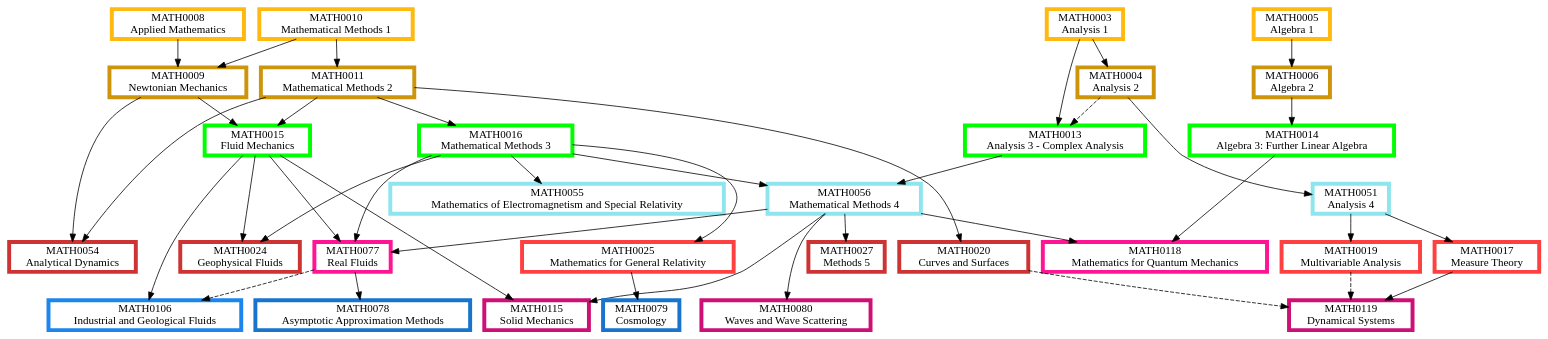
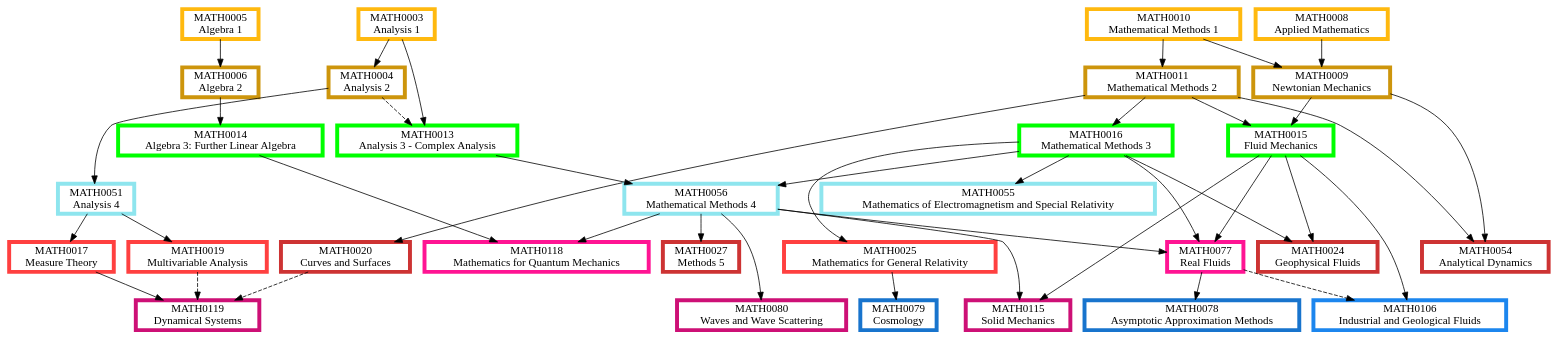
The diagram in Applied Mathematics.dot (matthew-towers/pathways), drawn with Graphviz before and after one commit. The commit also changed other lines of this file and 11 other files, not shown here.

```diff
--- a/Applied Mathematics.dot
+++ b/Applied Mathematics.dot
@@ -1,132 +1,132 @@
 digraph {
 	node [fillcolor=white penwidth=5 shape=box style="filled,bold"]
 	subgraph "1.0 1" {
 		rank=same
+		MATH0003 [label="MATH0003
+Analysis 1" color=darkgoldenrod1 href="https://www.ucl.ac.uk/mathematical-physical-sciences/sites/mathematical_physical_sciences/files/math0003.pdf" tooltip="Year 1, term 1"]
 		MATH0010 [label="MATH0010
 Mathematical Methods 1" color=darkgoldenrod1 href="https://www.ucl.ac.uk/mathematical-physical-sciences/sites/mathematical_physical_sciences/files/math0010.pdf" tooltip="Year 1, term 1"]
+		MATH0005 [label="MATH0005
+Algebra 1" color=darkgoldenrod1 href="https://www.ucl.ac.uk/mathematical-physical-sciences/sites/mathematical_physical_sciences/files/math0005.pdf" tooltip="Year 1, term 1"]
 		MATH0008 [label="MATH0008
 Applied Mathematics" color=darkgoldenrod1 href="https://www.ucl.ac.uk/mathematical-physical-sciences/sites/mathematical_physical_sciences/files/math0008.pdf" tooltip="Year 1, term 1"]
-		MATH0003 [label="MATH0003
-Analysis 1" color=darkgoldenrod1 href="https://www.ucl.ac.uk/mathematical-physical-sciences/sites/mathematical_physical_sciences/files/math0003.pdf" tooltip="Year 1, term 1"]
-		MATH0005 [label="MATH0005
-Algebra 1" color=darkgoldenrod1 href="https://www.ucl.ac.uk/mathematical-physical-sciences/sites/mathematical_physical_sciences/files/math0005.pdf" tooltip="Year 1, term 1"]
 	}
 	MATH0010 -> MATH0011 [tooltip="required prerequisite"]
+	MATH0005 -> MATH0006 [tooltip="required prerequisite"]
 	MATH0003 -> MATH0004 [tooltip="required prerequisite"]
-	MATH0005 -> MATH0006 [tooltip="required prerequisite"]
 	MATH0008 -> MATH0009 [tooltip="required prerequisite"]
 	MATH0010 -> MATH0009 [tooltip="required prerequisite"]
 	subgraph "1.0 2" {
 		rank=same
 		MATH0011 [label="MATH0011
 Mathematical Methods 2" color=darkgoldenrod3 href="https://www.ucl.ac.uk/mathematical-physical-sciences/sites/mathematical_physical_sciences/files/math0011_2.pdf" tooltip="Year 1, term 2"]
+		MATH0006 [label="MATH0006
+Algebra 2" color=darkgoldenrod3 href="https://www.ucl.ac.uk/mathematical-physical-sciences/sites/mathematical_physical_sciences/files/math0006.pdf" tooltip="Year 1, term 2"]
 		MATH0004 [label="MATH0004
 Analysis 2" color=darkgoldenrod3 href="https://www.ucl.ac.uk/mathematical-physical-sciences/sites/mathematical_physical_sciences/files/math0004.pdf" tooltip="Year 1, term 2"]
-		MATH0006 [label="MATH0006
-Algebra 2" color=darkgoldenrod3 href="https://www.ucl.ac.uk/mathematical-physical-sciences/sites/mathematical_physical_sciences/files/math0006.pdf" tooltip="Year 1, term 2"]
 		MATH0009 [label="MATH0009
 Newtonian Mechanics" color=darkgoldenrod3 href="https://www.ucl.ac.uk/mathematical-physical-sciences/sites/mathematical_physical_sciences/files/math0009.pdf" tooltip="Year 1, term 2"]
 	}
+	MATH0003 -> MATH0013 [tooltip="required prerequisite"]
+	MATH0004 -> MATH0013 [style=dashed tooltip="recommended prerequisite"]
+	MATH0006 -> MATH0014 [tooltip="required prerequisite"]
+	MATH0011 -> MATH0016 [tooltip="required prerequisite"]
 	MATH0011 -> MATH0015 [tooltip="required prerequisite"]
 	MATH0009 -> MATH0015 [tooltip="required prerequisite"]
-	MATH0003 -> MATH0013 [tooltip="required prerequisite"]
-	MATH0004 -> MATH0013 [style=dashed tooltip="recommended prerequisite"]
-	MATH0011 -> MATH0016 [tooltip="required prerequisite"]
-	MATH0006 -> MATH0014 [tooltip="required prerequisite"]
 	subgraph "2.0 1" {
 		rank=same
+		MATH0013 [label="MATH0013
+Analysis 3 - Complex Analysis" color=green1 href="https://www.ucl.ac.uk/mathematical-physical-sciences/sites/mathematical_physical_sciences/files/math0013.pdf" tooltip="Year 2, term 1"]
+		MATH0014 [label="MATH0014
+Algebra 3: Further Linear Algebra" color=green1 href="https://www.ucl.ac.uk/mathematical-physical-sciences/sites/mathematical_physical_sciences/files/math0014.pdf" tooltip="Year 2, term 1"]
+		MATH0016 [label="MATH0016
+Mathematical Methods 3" color=green1 href="https://www.ucl.ac.uk/mathematical-physical-sciences/sites/mathematical_physical_sciences/files/math0016.pdf" tooltip="Year 2, term 1"]
 		MATH0015 [label="MATH0015
 Fluid Mechanics" color=green1 href="https://www.ucl.ac.uk/mathematical-physical-sciences/sites/mathematical_physical_sciences/files/math0015.pdf" tooltip="Year 2, term 1"]
-		MATH0013 [label="MATH0013
-Analysis 3 - Complex Analysis" color=green1 href="https://www.ucl.ac.uk/mathematical-physical-sciences/sites/mathematical_physical_sciences/files/math0013.pdf" tooltip="Year 2, term 1"]
-		MATH0016 [label="MATH0016
-Mathematical Methods 3" color=green1 href="https://www.ucl.ac.uk/mathematical-physical-sciences/sites/mathematical_physical_sciences/files/math0016.pdf" tooltip="Year 2, term 1"]
-		MATH0014 [label="MATH0014
-Algebra 3: Further Linear Algebra" color=green1 href="https://www.ucl.ac.uk/mathematical-physical-sciences/sites/mathematical_physical_sciences/files/math0014.pdf" tooltip="Year 2, term 1"]
 	}
+	MATH0016 -> MATH0055 [tooltip="required prerequisite"]
+	MATH0004 -> MATH0051 [tooltip="required prerequisite"]
 	MATH0013 -> MATH0056 [tooltip="required prerequisite"]
 	MATH0016 -> MATH0056 [tooltip="required prerequisite"]
-	MATH0016 -> MATH0055 [tooltip="required prerequisite"]
-	MATH0004 -> MATH0051 [tooltip="required prerequisite"]
 	subgraph "2.5 2" {
 		rank=same
-		MATH0056 [label="MATH0056
-Mathematical Methods 4" color=cadetblue2 href="https://www.ucl.ac.uk/mathematical-physical-sciences/sites/mathematical_physical_sciences/files/math0056.pdf" tooltip="Year 2 or 3, term 2"]
 		MATH0055 [label="MATH0055
 Mathematics of Electromagnetism and Special Relativity" color=cadetblue2 href="https://www.ucl.ac.uk/mathematical-physical-sciences/sites/mathematical_physical_sciences/files/math0055_3.pdf" tooltip="Year 2 or 3, term 2"]
 		MATH0051 [label="MATH0051
 Analysis 4" color=cadetblue2 href="https://www.ucl.ac.uk/mathematical-physical-sciences/sites/mathematical_physical_sciences/files/math0051.pdf" tooltip="Year 2 or 3, term 2"]
+		MATH0056 [label="MATH0056
+Mathematical Methods 4" color=cadetblue2 href="https://www.ucl.ac.uk/mathematical-physical-sciences/sites/mathematical_physical_sciences/files/math0056.pdf" tooltip="Year 2 or 3, term 2"]
 	}
+	MATH0051 -> MATH0017 [tooltip="required prerequisite"]
+	MATH0016 -> MATH0025 [tooltip="required prerequisite"]
 	MATH0051 -> MATH0019 [tooltip="required prerequisite"]
-	MATH0016 -> MATH0025 [tooltip="required prerequisite"]
-	MATH0051 -> MATH0017 [tooltip="required prerequisite"]
 	subgraph "3.0 1" {
 		rank=same
+		MATH0017 [label="MATH0017
+Measure Theory" color=brown1 href="https://www.ucl.ac.uk/mathematical-physical-sciences/sites/mathematical_physical_sciences/files/math0017.pdf" tooltip="Year 3, term 1"]
+		MATH0025 [label="MATH0025
+Mathematics for General Relativity" color=brown1 href="https://www.ucl.ac.uk/mathematical-physical-sciences/sites/mathematical_physical_sciences/files/math0025.pdf" tooltip="Year 3, term 1"]
 		MATH0019 [label="MATH0019
 Multivariable Analysis" color=brown1 href="https://www.ucl.ac.uk/mathematical-physical-sciences/sites/mathematical_physical_sciences/files/math0019.pdf" tooltip="Year 3, term 1"]
-		MATH0025 [label="MATH0025
-Mathematics for General Relativity" color=brown1 href="https://www.ucl.ac.uk/mathematical-physical-sciences/sites/mathematical_physical_sciences/files/math0025.pdf" tooltip="Year 3, term 1"]
-		MATH0017 [label="MATH0017
-Measure Theory" color=brown1 href="https://www.ucl.ac.uk/mathematical-physical-sciences/sites/mathematical_physical_sciences/files/math0017.pdf" tooltip="Year 3, term 1"]
 	}
-	MATH0056 -> MATH0027 [tooltip="required prerequisite"]
+	MATH0011 -> MATH0020 [tooltip="required prerequisite"]
 	MATH0011 -> MATH0054 [tooltip="required prerequisite"]
 	MATH0009 -> MATH0054 [tooltip="required prerequisite"]
 	MATH0015 -> MATH0024 [tooltip="required prerequisite"]
 	MATH0016 -> MATH0024 [tooltip="required prerequisite"]
-	MATH0011 -> MATH0020 [tooltip="required prerequisite"]
+	MATH0056 -> MATH0027 [tooltip="required prerequisite"]
 	subgraph "3.0 2" {
 		rank=same
-		MATH0027 [label="MATH0027
-Methods 5" color=brown3 href="https://www.ucl.ac.uk/mathematical-physical-sciences/sites/mathematical_physical_sciences/files/math0027.pdf" tooltip="Year 3, term 2"]
+		MATH0020 [label="MATH0020
+Curves and Surfaces" color=brown3 href="https://www.ucl.ac.uk/mathematical-physical-sciences/sites/mathematical_physical_sciences/files/math0020.pdf" tooltip="Year 3, term 2"]
 		MATH0054 [label="MATH0054
 Analytical Dynamics" color=brown3 href="https://www.ucl.ac.uk/mathematical-physical-sciences/sites/mathematical_physical_sciences/files/math0054.pdf" tooltip="Year 3, term 2"]
 		MATH0024 [label="MATH0024
 Geophysical Fluids" color=brown3 href="https://www.ucl.ac.uk/mathematical-physical-sciences/sites/mathematical_physical_sciences/files/math0024.pdf" tooltip="Year 3, term 2"]
-		MATH0020 [label="MATH0020
-Curves and Surfaces" color=brown3 href="https://www.ucl.ac.uk/mathematical-physical-sciences/sites/mathematical_physical_sciences/files/math0020.pdf" tooltip="Year 3, term 2"]
+		MATH0027 [label="MATH0027
+Methods 5" color=brown3 href="https://www.ucl.ac.uk/mathematical-physical-sciences/sites/mathematical_physical_sciences/files/math0027.pdf" tooltip="Year 3, term 2"]
 	}
+	MATH0056 -> MATH0118 [tooltip="required prerequisite"]
+	MATH0014 -> MATH0118 [tooltip="required prerequisite"]
 	MATH0015 -> MATH0077 [tooltip="required prerequisite"]
 	MATH0016 -> MATH0077 [tooltip="required prerequisite"]
 	MATH0056 -> MATH0077 [tooltip="required prerequisite"]
-	MATH0056 -> MATH0118 [tooltip="required prerequisite"]
-	MATH0014 -> MATH0118 [tooltip="required prerequisite"]
 	subgraph "3.5 1" {
 		rank=same
+		MATH0118 [label="MATH0118
+Mathematics for Quantum Mechanics" color=deeppink1 href="https://www.ucl.ac.uk/mathematical-physical-sciences/sites/mathematical_physical_sciences/files/math0118.pdf" tooltip="Year 3 or 4, term 1"]
 		MATH0077 [label="MATH0077
 Real Fluids" color=deeppink1 href="https://www.ucl.ac.uk/mathematical-physical-sciences/sites/mathematical_physical_sciences/files/math0077.pdf" tooltip="Year 3 or 4, term 1"]
-		MATH0118 [label="MATH0118
-Mathematics for Quantum Mechanics" color=deeppink1 href="https://www.ucl.ac.uk/mathematical-physical-sciences/sites/mathematical_physical_sciences/files/math0118.pdf" tooltip="Year 3 or 4, term 1"]
 	}
-	MATH0056 -> MATH0080 [tooltip="required prerequisite"]
 	MATH0015 -> MATH0115 [tooltip="required prerequisite"]
 	MATH0056 -> MATH0115 [tooltip="required prerequisite"]
+	MATH0056 -> MATH0080 [tooltip="required prerequisite"]
 	MATH0017 -> MATH0119 [tooltip="required prerequisite"]
 	MATH0019 -> MATH0119 [style=dashed tooltip="recommended prerequisite"]
 	MATH0020 -> MATH0119 [style=dashed tooltip="recommended prerequisite"]
 	subgraph "3.5 2" {
 		rank=same
+		MATH0115 [label="MATH0115
+Solid Mechanics" color=deeppink3 href="https://www.ucl.ac.uk/mathematical-physical-sciences/sites/mathematical_physical_sciences/files/math0115_syllabus.pdf" tooltip="Year 3 or 4, term 2"]
 		MATH0080 [label="MATH0080
 Waves and Wave Scattering" color=deeppink3 href="https://www.ucl.ac.uk/mathematical-physical-sciences/sites/mathematical_physical_sciences/files/math0080.pdf" tooltip="Year 3 or 4, term 2"]
-		MATH0115 [label="MATH0115
-Solid Mechanics" color=deeppink3 href="https://www.ucl.ac.uk/mathematical-physical-sciences/sites/mathematical_physical_sciences/files/math0115_syllabus.pdf" tooltip="Year 3 or 4, term 2"]
 		MATH0119 [label="MATH0119
 Dynamical Systems" color=deeppink3 href="https://www.ucl.ac.uk/mathematical-physical-sciences/sites/mathematical_physical_sciences/files/math0119.pdf" tooltip="Year 3 or 4, term 2"]
 	}
 	MATH0015 -> MATH0106 [tooltip="required prerequisite"]
 	MATH0077 -> MATH0106 [style=dashed tooltip="recommended prerequisite"]
 	subgraph "4.0 1" {
 		rank=same
 		MATH0106 [label="MATH0106
 Industrial and Geological Fluids" color=dodgerblue2 href="https://www.ucl.ac.uk/mathematical-physical-sciences/sites/mathematical_physical_sciences/files/math0106.pdf" tooltip="Year 4, term 1"]
 	}
+	MATH0077 -> MATH0078 [tooltip="required prerequisite"]
 	MATH0025 -> MATH0079 [tooltip="required prerequisite"]
-	MATH0077 -> MATH0078 [tooltip="required prerequisite"]
 	subgraph "4.0 2" {
 		rank=same
+		MATH0078 [label="MATH0078
+Asymptotic Approximation Methods" color=dodgerblue3 href="https://www.ucl.ac.uk/mathematical-physical-sciences/sites/mathematical_physical_sciences/files/math0078.pdf" tooltip="Year 4, term 2"]
 		MATH0079 [label="MATH0079
 Cosmology" color=dodgerblue3 href="https://www.ucl.ac.uk/mathematical-physical-sciences/sites/mathematical_physical_sciences/files/math0079.pdf" tooltip="Year 4, term 2"]
-		MATH0078 [label="MATH0078
-Asymptotic Approximation Methods" color=dodgerblue3 href="https://www.ucl.ac.uk/mathematical-physical-sciences/sites/mathematical_physical_sciences/files/math0078.pdf" tooltip="Year 4, term 2"]
 	}
 }
```
